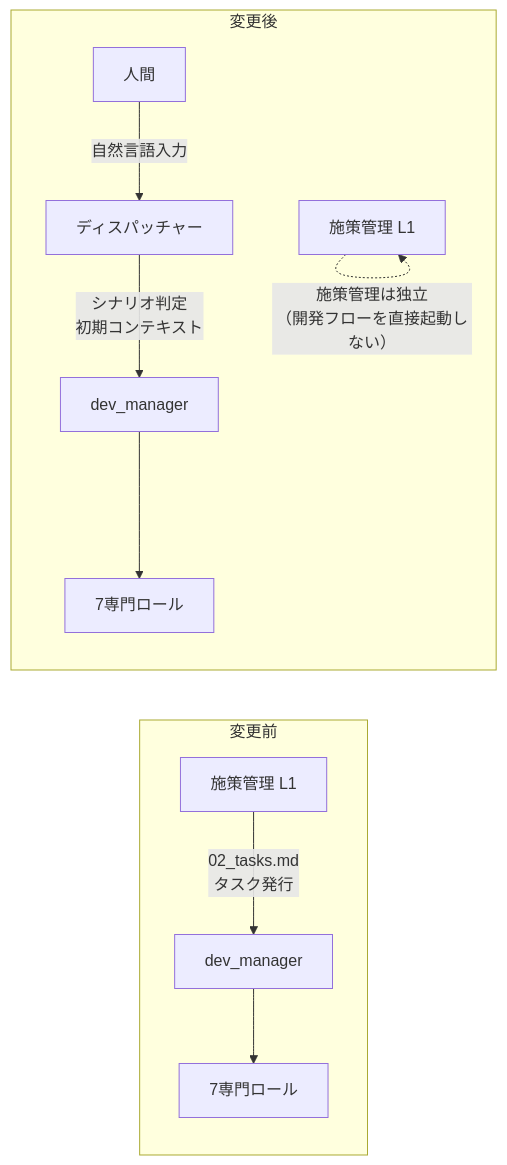
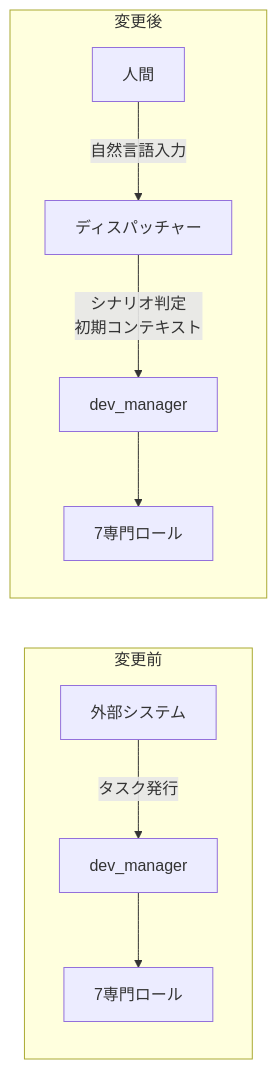
The fourth of 19 diagrams in docs/design/session-operation-flow.md (ryo12-n/ai-driven-dev-patterns), drawn with Mermaid before and after one commit. The commit also changed other lines of this file and 10 other files, not shown here.

````diff
--- a/docs/design/session-operation-flow.md
+++ b/docs/design/session-operation-flow.md
@@ -269,14 +269,13 @@
 ```mermaid
 graph LR
     subgraph "変更前"
-        L1_old["施策管理 L1"] -->|"02_tasks.md\nタスク発行"| DM_old["dev_manager"]
+        Ext_old["外部システム"] -->|"タスク発行"| DM_old["dev_manager"]
         DM_old --> Roles_old["7専門ロール"]
     end
 
     subgraph "変更後"
         Human_new["人間"] -->|"自然言語入力"| Disp["ディスパッチャー"]
         Disp -->|"シナリオ判定\n初期コンテキスト"| DM_new["dev_manager"]
         DM_new --> Roles_new["7専門ロール"]
-        L1_new["施策管理 L1"] -.->|"施策管理は独立\n（開発フローを直接起動しない）"| L1_new
     end
 ```
````
